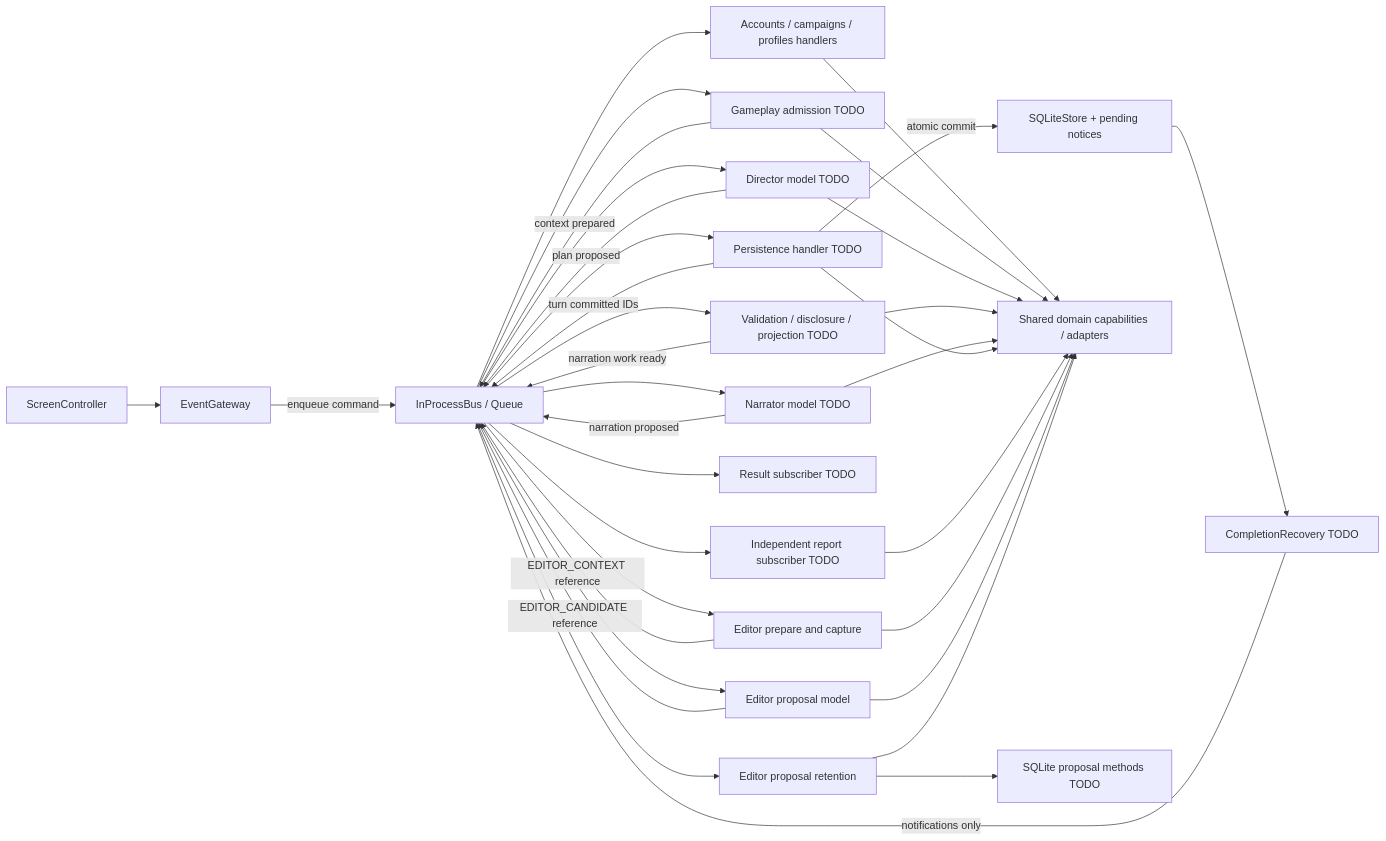
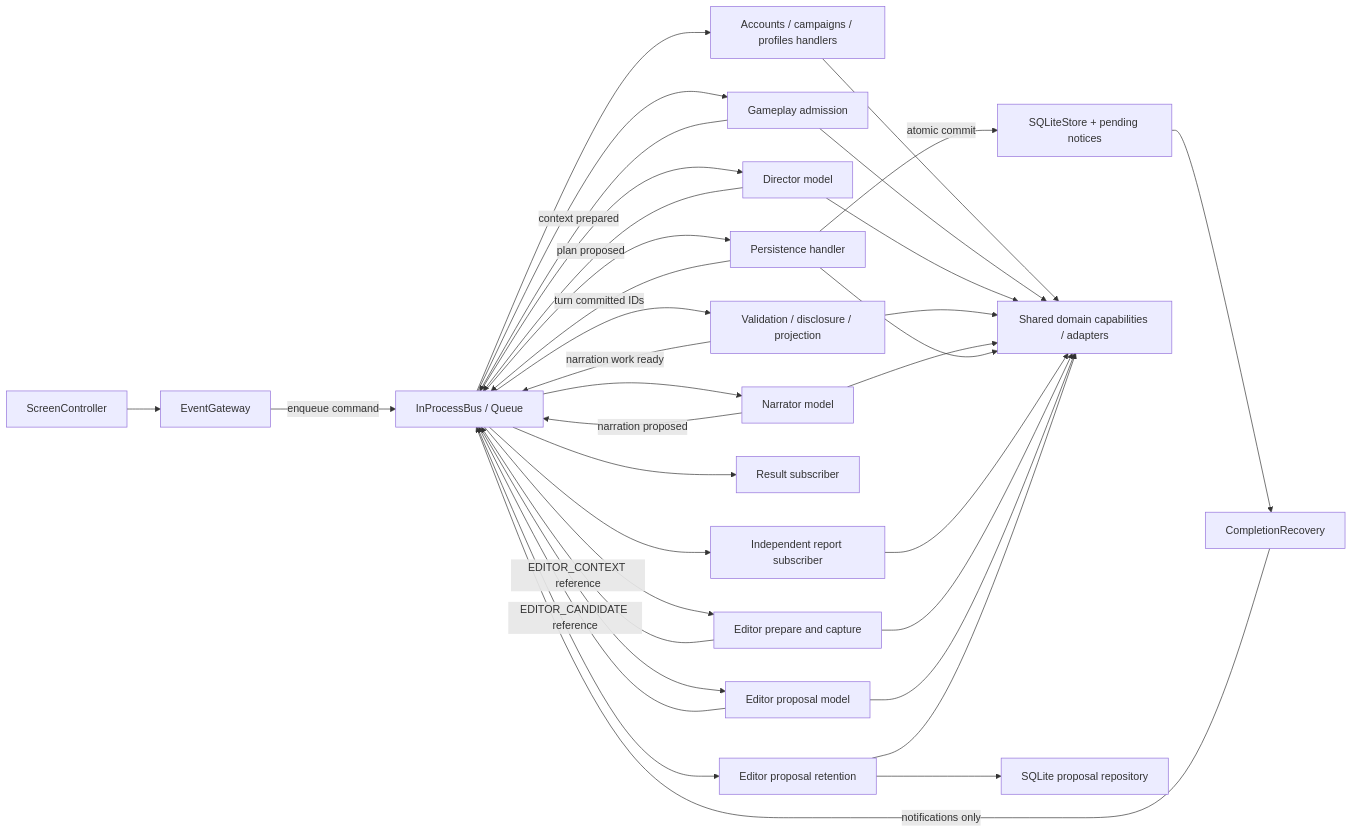
Before and after one commit to Jimmy3498/CS5-7319-Final-Project-Group-05-Azadjoutabari-Nagireddygari-Zeng: the diagram in docs/diagrams/event-based.mmd, drawn with Mermaid. The commit also changed 56 other files, not shown here.

```diff
--- a/docs/diagrams/event-based.mmd
+++ b/docs/diagrams/event-based.mmd
@@ -1,28 +1,28 @@
 flowchart LR
-  %% Current commands/editor plus target gameplay; TODO nodes are not implemented.
+  %% Implemented command, editor, gameplay, reporting and recovery topology.
   UI[ScreenController] --> GW[EventGateway]
   GW -->|enqueue command| BUS[InProcessBus / Queue]
   BUS --> AUTH[Accounts / campaigns / profiles handlers]
-  BUS --> ADMIT[Gameplay admission TODO]
+  BUS --> ADMIT[Gameplay admission]
   ADMIT -->|context prepared| BUS
-  BUS --> PLAN[Director model TODO]
+  BUS --> PLAN[Director model]
   PLAN -->|plan proposed| BUS
-  BUS --> VALIDATE[Validation / disclosure / projection TODO]
+  BUS --> VALIDATE[Validation / disclosure / projection]
   VALIDATE -->|narration work ready| BUS
-  BUS --> NARRATE[Narrator model TODO]
+  BUS --> NARRATE[Narrator model]
   NARRATE -->|narration proposed| BUS
-  BUS --> COMMIT[Persistence handler TODO]
+  BUS --> COMMIT[Persistence handler]
   COMMIT -->|atomic commit| SQL[SQLiteStore + pending notices]
   COMMIT -->|turn committed IDs| BUS
-  BUS --> RESULT[Result subscriber TODO]
-  BUS --> REPORT[Independent report subscriber TODO]
-  SQL --> RECOVER[CompletionRecovery TODO]
+  BUS --> RESULT[Result subscriber]
+  BUS --> REPORT[Independent report subscriber]
+  SQL --> RECOVER[CompletionRecovery]
   RECOVER -->|notifications only| BUS
   AUTH & ADMIT & PLAN & VALIDATE & NARRATE & COMMIT & REPORT --> SHARED[Shared domain capabilities / adapters]
   BUS --> EDIT_PREP[Editor prepare and capture]
   EDIT_PREP -->|EDITOR_CONTEXT reference| BUS
   BUS --> EDIT_AI[Editor proposal model]
   EDIT_AI -->|EDITOR_CANDIDATE reference| BUS
   BUS --> EDIT_RETAIN[Editor proposal retention]
-  EDIT_RETAIN --> EDIT_STORE[SQLite proposal methods TODO]
+  EDIT_RETAIN --> EDIT_STORE[SQLite proposal repository]
   EDIT_PREP & EDIT_AI & EDIT_RETAIN --> SHARED
```
